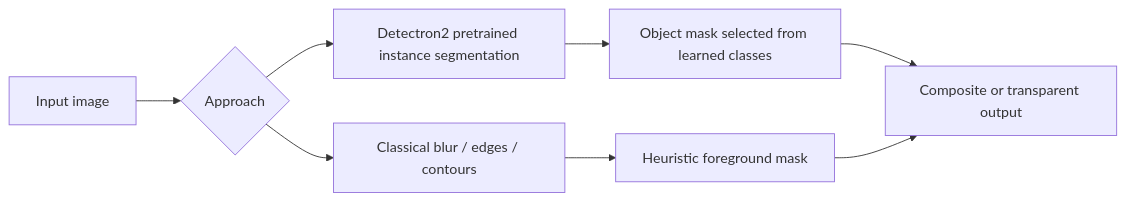
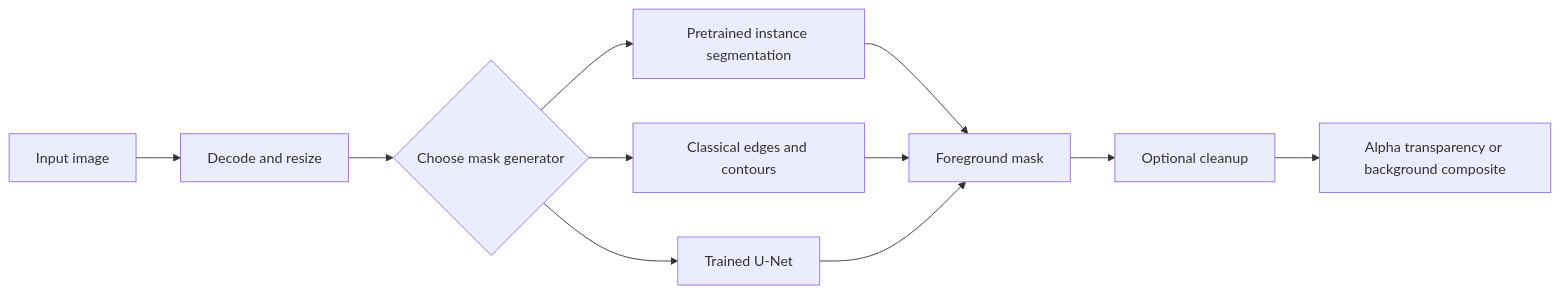
Before and after one commit to CHAITANYA-2002/machine-learning-projects: the first of 2 diagrams in 05-background-remover/README.md, drawn with Mermaid. The commit also changed other lines of this file and 109 other files, not shown here.

````diff
--- a/05-background-remover/README.md
+++ b/05-background-remover/README.md
@@ -15,10 +23,13 @@
 ```mermaid
 flowchart LR
-    A[Input image] --> B{Approach}
-    B --> C[Detectron2 pretrained instance segmentation]
-    B --> D[Classical blur / edges / contours]
-    C --> E[Object mask selected from learned classes]
-    D --> F[Heuristic foreground mask]
-    E --> G[Composite or transparent output]
+    A[Input image] --> B[Decode and resize]
+    B --> C{Choose mask generator}
+    C --> D[Pretrained instance segmentation]
+    C --> E[Classical edges and contours]
+    C --> F[Trained U-Net]
+    D --> G[Foreground mask]
+    E --> G
     F --> G
+    G --> H[Optional cleanup]
+    H --> I[Alpha transparency or background composite]
 ```
````
